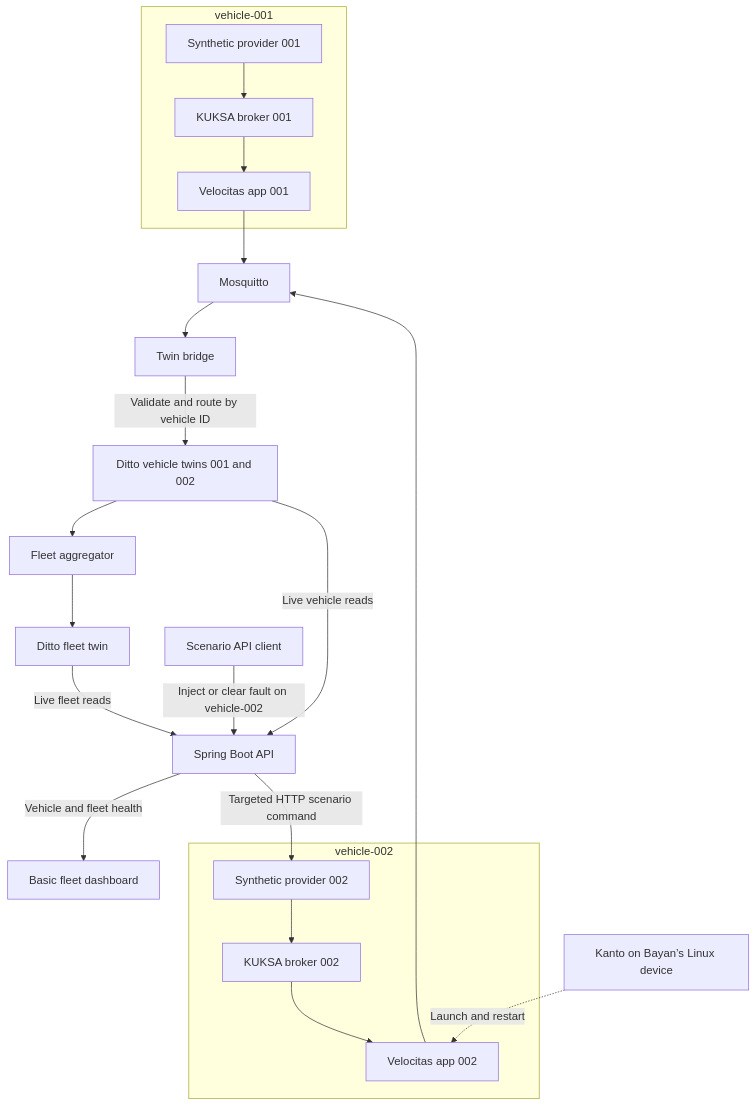
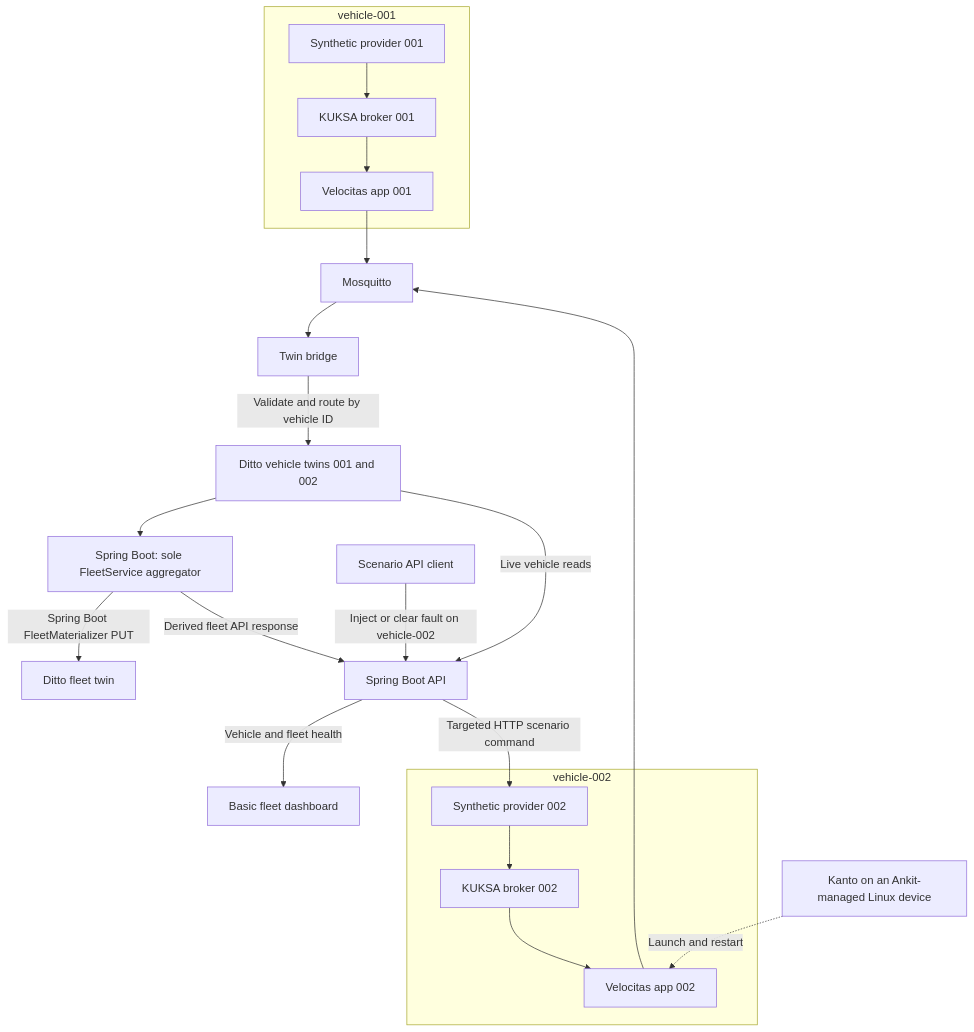
Before and after one commit to ankit-suman-07/QA-SDV-Project: the first of 3 diagrams in docs/09-architecture-diagrams.md, drawn with Mermaid. The commit also changed other lines of this file and 3 other files, not shown here.

Commit message:
docs: align fleet architecture and measurement expectations

````diff
--- a/docs/09-architecture-diagrams.md
+++ b/docs/09-architecture-diagrams.md
@@ -9,23 +9,23 @@
 ```mermaid
 flowchart TD
     subgraph V1["vehicle-001"]
         S1["Synthetic provider 001"] --> K1["KUKSA broker 001"]
         K1 --> A1["Velocitas app 001"]
     end
     subgraph V2["vehicle-002"]
         S2["Synthetic provider 002"] --> K2["KUKSA broker 002"]
         K2 --> A2["Velocitas app 002"]
     end
-    KA1["Kanto on Bayan’s Linux device"] -.->|"Launch and restart"| A2
+    KA1["Kanto on an Ankit-managed Linux device"] -.->|"Launch and restart"| A2
     A1 --> M["Mosquitto"]
     A2 --> M
     M --> B["Twin bridge"]
     B -->|"Validate and route by vehicle ID"| D["Ditto vehicle twins 001 and 002"]
-    D --> F1["Fleet aggregator"]
-    F1 --> T1["Ditto fleet twin"]
+    D --> F1["Spring Boot: sole FleetService aggregator"]
+    F1 -->|"Spring Boot FleetMaterializer PUT"| T1["Ditto fleet twin"]
     D -->|"Live vehicle reads"| API["Spring Boot API"]
-    T1 -->|"Live fleet reads"| API
+    F1 -->|"Derived fleet API response"| API
     API -->|"Vehicle and fleet health"| UI1["Basic fleet dashboard"]
     C["Scenario API client"] -->|"Inject or clear fault on vehicle-002"| API
     API -->|"Targeted HTTP scenario command"| S2
 ```
````
